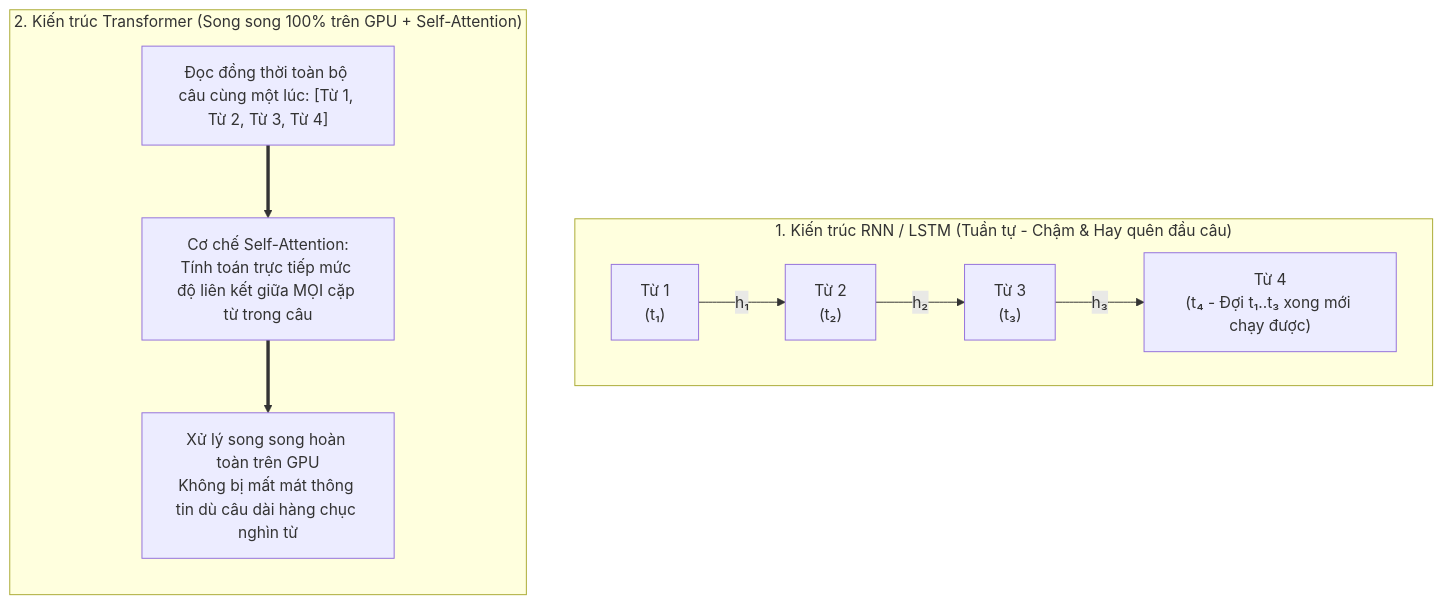
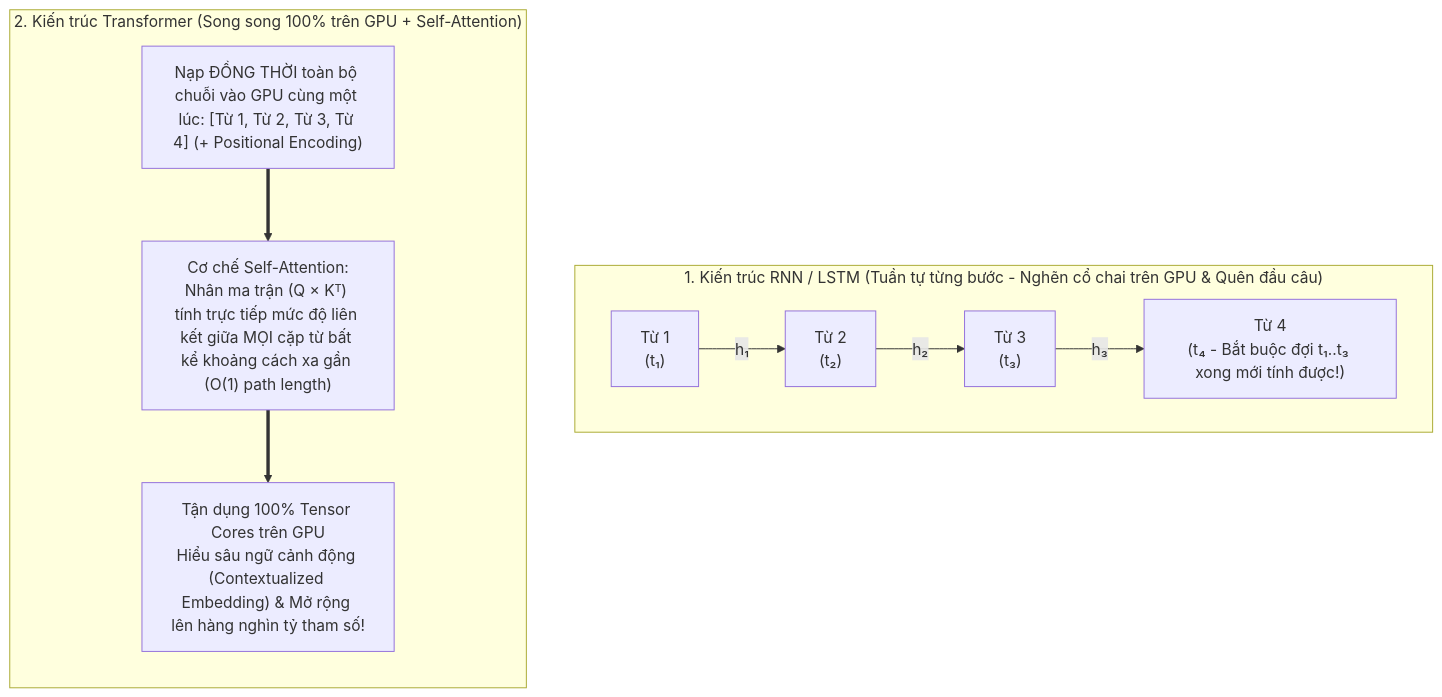
The fifth of 5 diagrams in Module_03_Generative_AI_and_LLM.md (nxthanh2904/nca-genl), drawn with Mermaid before and after one commit. The commit also changed other lines of this file and 11 other files, not shown here.

````diff
--- a/Module_03_Generative_AI_and_LLM.md
+++ b/Module_03_Generative_AI_and_LLM.md
@@ -146,16 +198,16 @@
 ```mermaid
 flowchart TD
-    subgraph RNN_Arch["1. Kiến trúc RNN / LSTM (Tuần tự - Chậm & Hay quên đầu câu)"]
+    subgraph RNN_Arch["1. Kiến trúc RNN / LSTM (Tuần tự từng bước - Nghẽn cổ chai trên GPU & Quên đầu câu)"]
         direction LR
-        W1["Từ 1<br/>(t₁)"] -->|h₁| W2["Từ 2<br/>(t₂)"] -->|h₂| W3["Từ 3<br/>(t₃)"] -->|h₃| W4["Từ 4<br/>(t₄ - Đợi t₁..t₃ xong mới chạy được)"]
+        W1["Từ 1<br/>(t₁)"] -->|h₁| W2["Từ 2<br/>(t₂)"] -->|h₂| W3["Từ 3<br/>(t₃)"] -->|h₃| W4["Từ 4<br/>(t₄ - Bắt buộc đợi t₁..t₃ xong mới tính được!)"]
     end
 
     subgraph Trans_Arch["2. Kiến trúc Transformer (Song song 100% trên GPU + Self-Attention)"]
         direction TB
-        AllWords["Đọc đồng thời toàn bộ câu cùng một lúc: [Từ 1, Từ 2, Từ 3, Từ 4]"]
-        Attn["Cơ chế Self-Attention:<br/>Tính toán trực tiếp mức độ liên kết giữa MỌI cặp từ trong câu"]
-        GPU_Out["Xử lý song song hoàn toàn trên GPU<br/>Không bị mất mát thông tin dù câu dài hàng chục nghìn từ"]
+        AllWords["Nạp ĐỒNG THỜI toàn bộ chuỗi vào GPU cùng một lúc: [Từ 1, Từ 2, Từ 3, Từ 4] (+ Positional Encoding)"]
+        Attn["Cơ chế Self-Attention:<br/>Nhân ma trận (Q × Kᵀ) tính trực tiếp mức độ liên kết giữa MỌI cặp từ bất kể khoảng cách xa gần (O(1) path length)"]
+        GPU_Out["Tận dụng 100% Tensor Cores trên GPU<br/>Hiểu sâu ngữ cảnh động (Contextualized Embedding) & Mở rộng lên hàng nghìn tỷ tham số!"]
         
         AllWords ==> Attn ==> GPU_Out
     end
 ```
````
